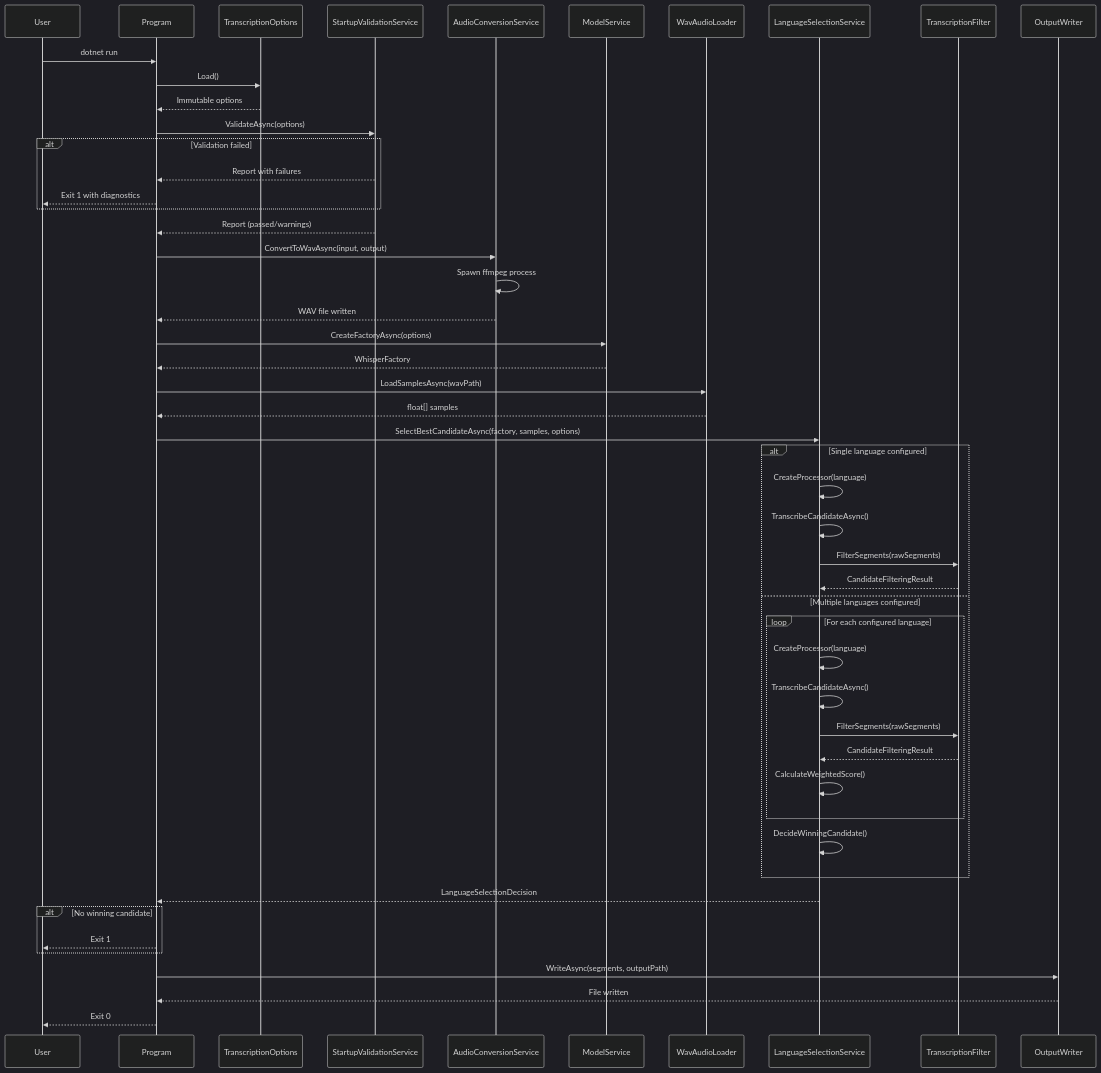
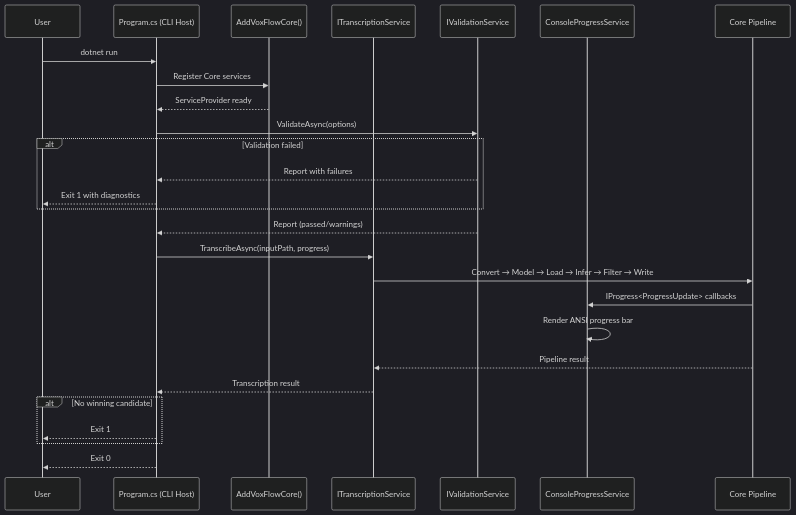
Before and after one commit to artemsemdev/VoxFlow: the first of 7 diagrams in docs/architecture/04-runtime-sequences.md, drawn with Mermaid (dark theme). The commit also changed other lines of this file and 7 other files, not shown here.

Commit message:
docs: update all architecture documents for Phase 1 multi-host architecture

````diff
--- a/docs/architecture/04-runtime-sequences.md
+++ b/docs/architecture/04-runtime-sequences.md
@@ -7,63 +7,35 @@
 ```mermaid
 sequenceDiagram
     participant User
-    participant Program
-    participant Config as TranscriptionOptions
-    participant Validation as StartupValidationService
-    participant FFmpeg as AudioConversionService
-    participant Model as ModelService
-    participant Loader as WavAudioLoader
-    participant Lang as LanguageSelectionService
-    participant Filter as TranscriptionFilter
-    participant Writer as OutputWriter
+    participant Program as Program.cs (CLI Host)
+    participant DI as AddVoxFlowCore()
+    participant ITranscription as ITranscriptionService
+    participant IValidation as IValidationService
+    participant Progress as ConsoleProgressService
+    participant Core as Core Pipeline
 
     User->>Program: dotnet run
-    Program->>Config: Load()
-    Config-->>Program: Immutable options
+    Program->>DI: Register Core services
+    DI-->>Program: ServiceProvider ready
 
-    Program->>Validation: ValidateAsync(options)
+    Program->>IValidation: ValidateAsync(options)
     alt Validation failed
-        Validation-->>Program: Report with failures
+        IValidation-->>Program: Report with failures
         Program-->>User: Exit 1 with diagnostics
     end
-    Validation-->>Program: Report (passed/warnings)
+    IValidation-->>Program: Report (passed/warnings)
 
-    Program->>FFmpeg: ConvertToWavAsync(input, output)
-    FFmpeg->>FFmpeg: Spawn ffmpeg process
-    FFmpeg-->>Program: WAV file written
+    Program->>ITranscription: TranscribeAsync(inputPath, progress)
+    ITranscription->>Core: Convert → Model → Load → Infer → Filter → Write
+    Core->>Progress: IProgress<ProgressUpdate> callbacks
+    Progress->>Progress: Render ANSI progress bar
+    Core-->>ITranscription: Pipeline result
 
-    Program->>Model: CreateFactoryAsync(options)
-    Model-->>Program: WhisperFactory
-
-    Program->>Loader: LoadSamplesAsync(wavPath)
-    Loader-->>Program: float[] samples
-
-    Program->>Lang: SelectBestCandidateAsync(factory, samples, options)
-
-    alt Single language configured
-        Lang->>Lang: CreateProcessor(language)
-        Lang->>Lang: TranscribeCandidateAsync()
-        Lang->>Filter: FilterSegments(rawSegments)
-        Filter-->>Lang: CandidateFilteringResult
-    else Multiple languages configured
-        loop For each configured language
-            Lang->>Lang: CreateProcessor(language)
-            Lang->>Lang: TranscribeCandidateAsync()
-            Lang->>Filter: FilterSegments(rawSegments)
-            Filter-->>Lang: CandidateFilteringResult
-            Lang->>Lang: CalculateWeightedScore()
-        end
-        Lang->>Lang: DecideWinningCandidate()
-    end
-
-    Lang-->>Program: LanguageSelectionDecision
+    ITranscription-->>Program: Transcription result
 
     alt No winning candidate
         Program-->>User: Exit 1
     end
 
-    Program->>Writer: WriteAsync(segments, outputPath)
-    Writer-->>Program: File written
-
     Program-->>User: Exit 0
 ```
````
